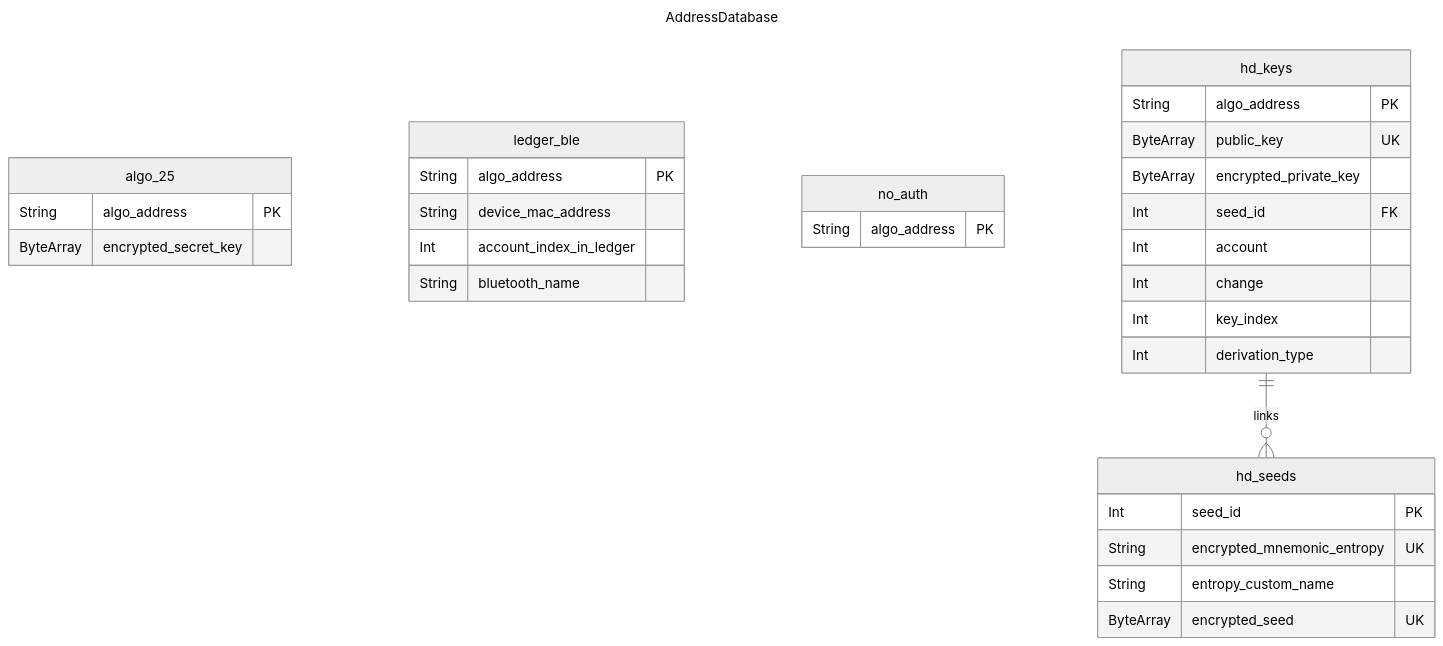
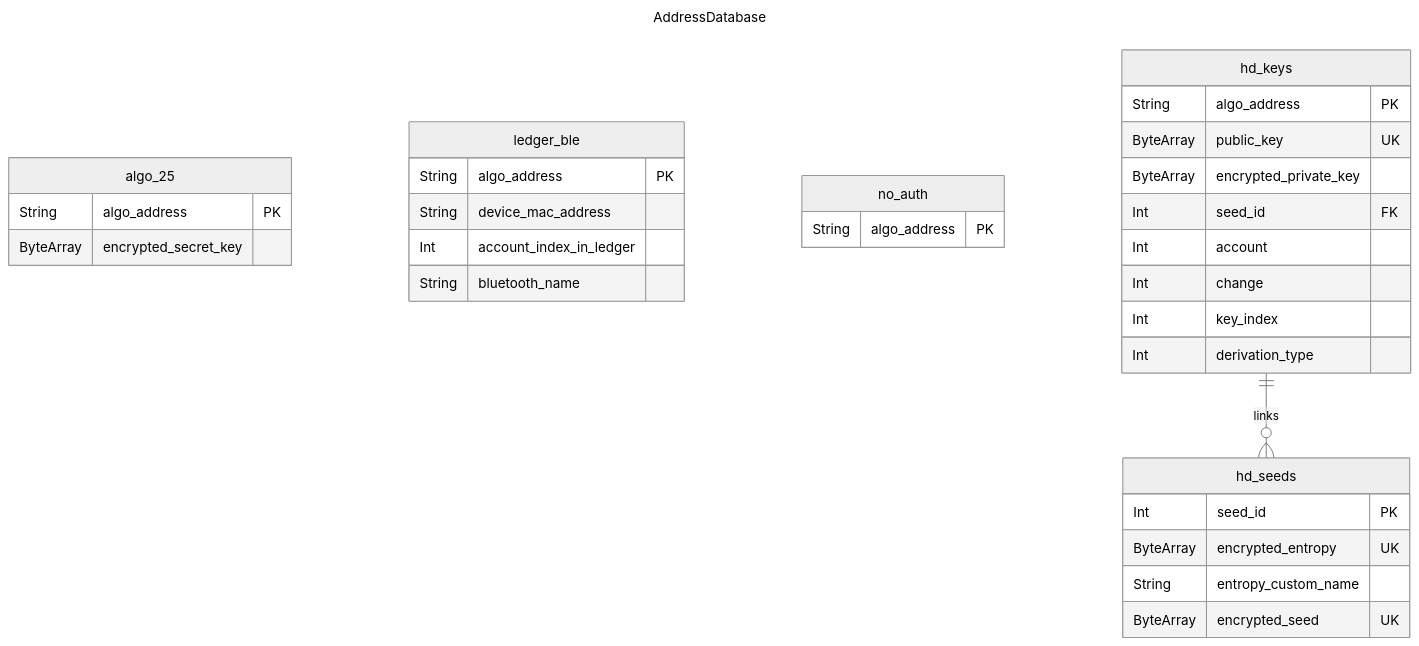
Before and after one commit to perawallet/pera-android: the fourth of 5 diagrams in ARCHITECTURE.md, drawn with Mermaid (neutral theme). The commit also changed 7 other files, not shown here.

Commit message:
PERA-1572 :: Switch to saving entropy instead of mnemonic (#129)

````diff
--- a/ARCHITECTURE.md
+++ b/ARCHITECTURE.md
@@ -174,36 +174,36 @@
 ```mermaid
 ---
 title: AddressDatabase
 ---
 erDiagram
     algo_25 {
         String algo_address PK
         ByteArray encrypted_secret_key
     }
     ledger_ble {
         String algo_address PK
         String device_mac_address
         Int account_index_in_ledger
         String bluetooth_name
     }
     no_auth {
         String algo_address PK
     }
     hd_seeds {
         Int seed_id PK
-        String encrypted_mnemonic_entropy UK
+        ByteArray encrypted_entropy UK
         String entropy_custom_name
         ByteArray encrypted_seed UK
     }
     hd_keys {
         String algo_address PK
         ByteArray public_key UK
         ByteArray encrypted_private_key
         Int seed_id FK
         Int account
         Int change
         Int key_index
         Int derivation_type
     }
     hd_keys ||--o{ hd_seeds : links
 ```
````
